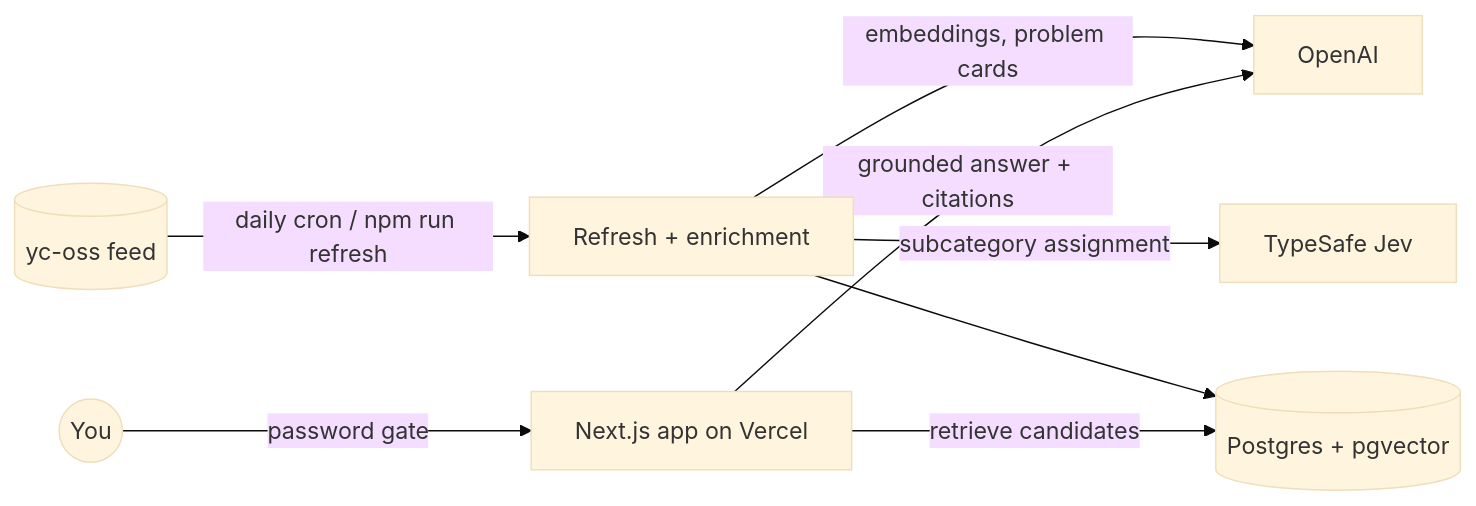
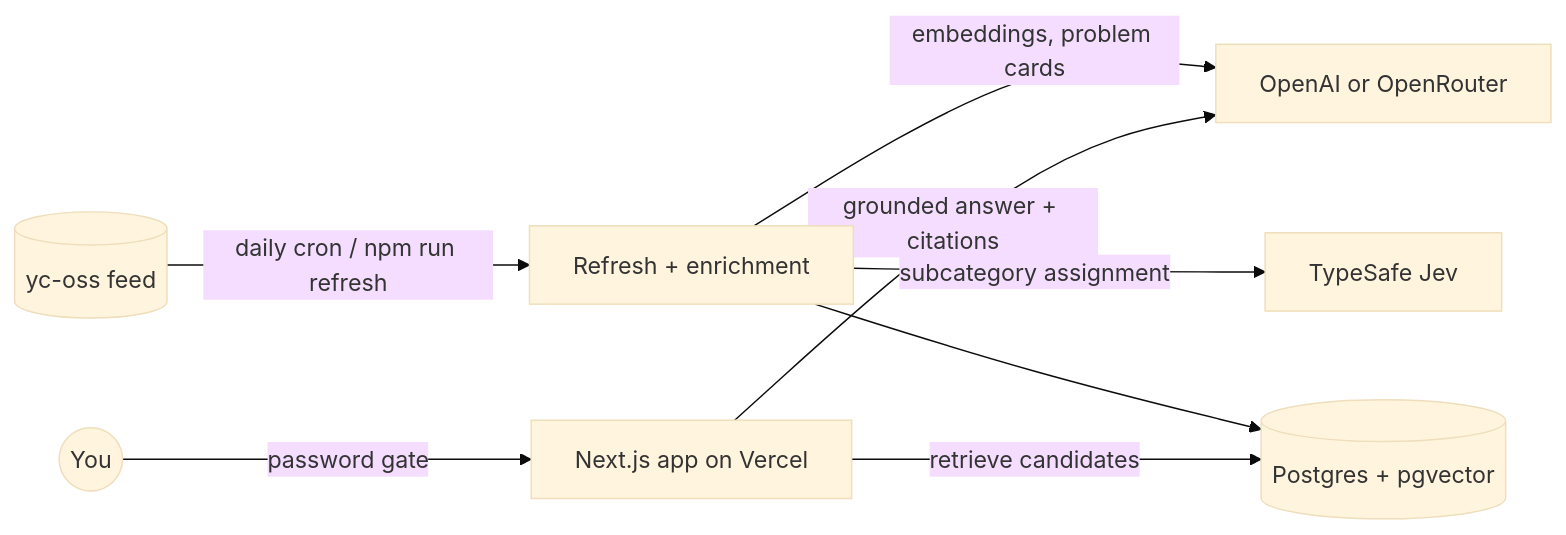
Before and after one commit to shivamshinde123/whatstir: the diagram in README.md, drawn with Mermaid (base theme). The commit also changed other lines of this file and 18 other files, not shown here.

First line of the commit message:
Choose AI models through settings, and support OpenRouter (#49)

````diff
--- a/README.md
+++ b/README.md
@@ -73,10 +73,10 @@
 ```mermaid
 flowchart LR
   yc[(yc-oss feed)] -->|daily cron / npm run refresh| ingest[Refresh + enrichment]
-  ingest -->|embeddings, problem cards| openai[OpenAI]
+  ingest -->|embeddings, problem cards| openai[OpenAI or OpenRouter]
   ingest -->|subcategory assignment| jev[TypeSafe Jev]
   ingest --> db[(Postgres + pgvector)]
   user((You)) -->|password gate| app[Next.js app on Vercel]
   app -->|retrieve candidates| db
   app -->|grounded answer + citations| openai
 ```
````
